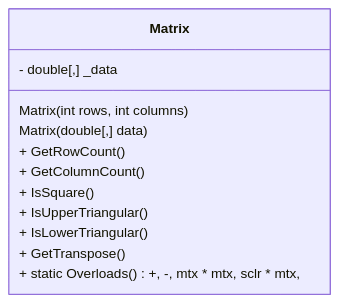
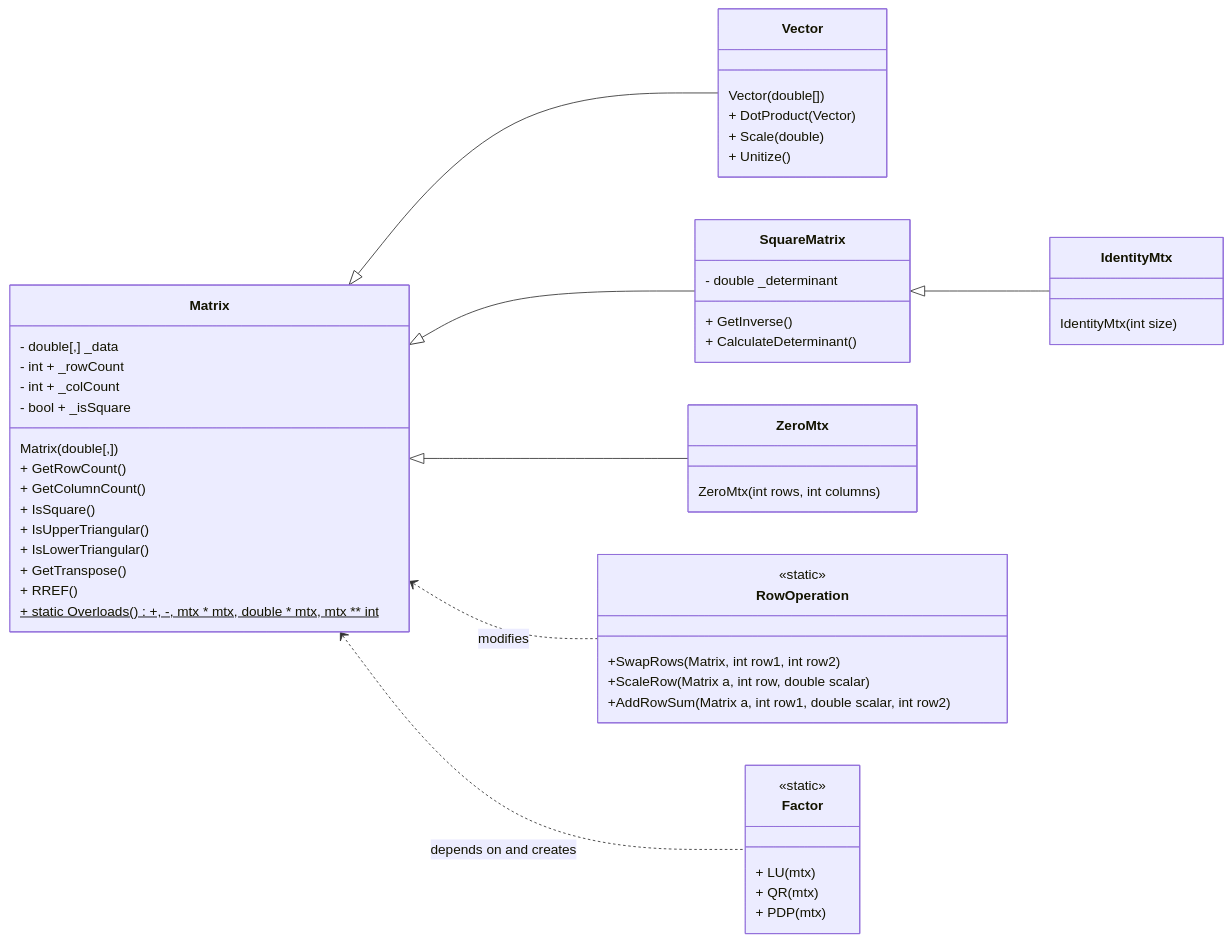
Before and after one commit to parkerd3/CSE_2.electric_boogaloo: the first of 2 diagrams in final/FinalProject/README.md, drawn with Mermaid. The commit also changed other lines of this file and 15 other files, not shown here.

Commit message:
Did a lot of stuff with the matrix class, and finished the class diagram

````diff
--- a/final/FinalProject/README.md
+++ b/final/FinalProject/README.md
@@ -18,16 +18,61 @@
 ```mermaid
 classDiagram
-class Matrix{
-    - double[,] _data
-    Matrix(int rows, int columns)
-    Matrix(double[,] data)
-    + GetRowCount()
-    + GetColumnCount()
-    + IsSquare()
-    + IsUpperTriangular()
-    + IsLowerTriangular()
-    + GetTranspose()
-    + static Overloads() +, -, mtx * mtx, sclr * mtx,
+    direction LR
+    class Matrix{
+        - double[,] _data
+        - int + _rowCount
+        - int + _colCount
+        - bool + _isSquare
+        Matrix(double[,])
+        + GetRowCount()
+        + GetColumnCount()
+        + IsSquare()
+        + IsUpperTriangular()
+        + IsLowerTriangular()
+        + GetTranspose()
+        + RREF()
+        + static Overloads()$ +, -, mtx * mtx, double * mtx, mtx ** int
+    }
 
+    class Vector{
+        Vector(double[])
+        + DotProduct(Vector)
+        + Scale(double)
+        + Unitize()
     }
+
+    class SquareMatrix{
+        - double _determinant
+        + GetInverse()
+        + CalculateDeterminant()
+    }
+
+    class IdentityMtx{
+        IdentityMtx(int size)
+    }
+
+    class ZeroMtx{
+        ZeroMtx(int rows, int columns)
+    }
+
+    class RowOperation {
+        <<static>>
+        +SwapRows(Matrix, int row1, int row2)
+        +ScaleRow(Matrix a, int row, double scalar)
+        +AddRowSum(Matrix a, int row1, double scalar, int row2)
+    }
+
+    class Factor {
+        <<static>>
+        + LU(mtx)
+        + QR(mtx)
+        + PDP(mtx)
+    }
+
+    Matrix <|-- SquareMatrix
+    Matrix <|-- ZeroMtx
+    Matrix <.. RowOperation : modifies
+    SquareMatrix <|-- IdentityMtx
+    Matrix <.. Factor : depends on and creates
+    Matrix <|-- Vector
 ```
````
